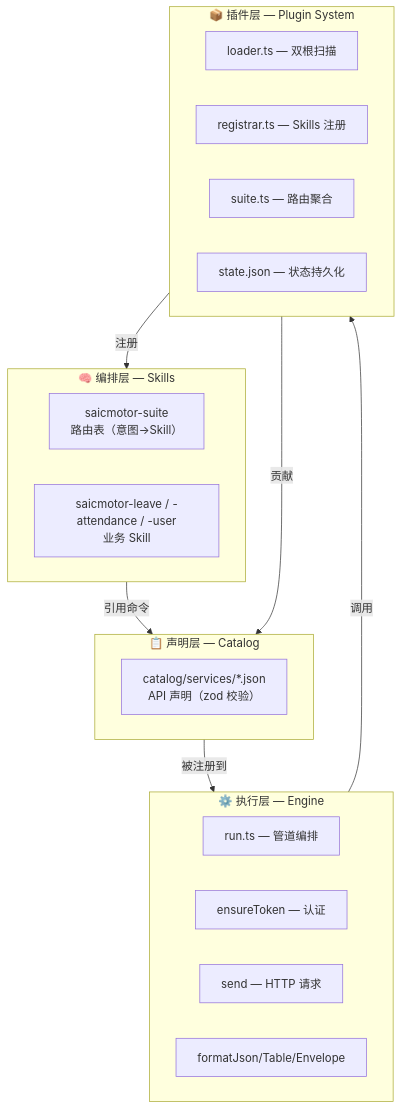
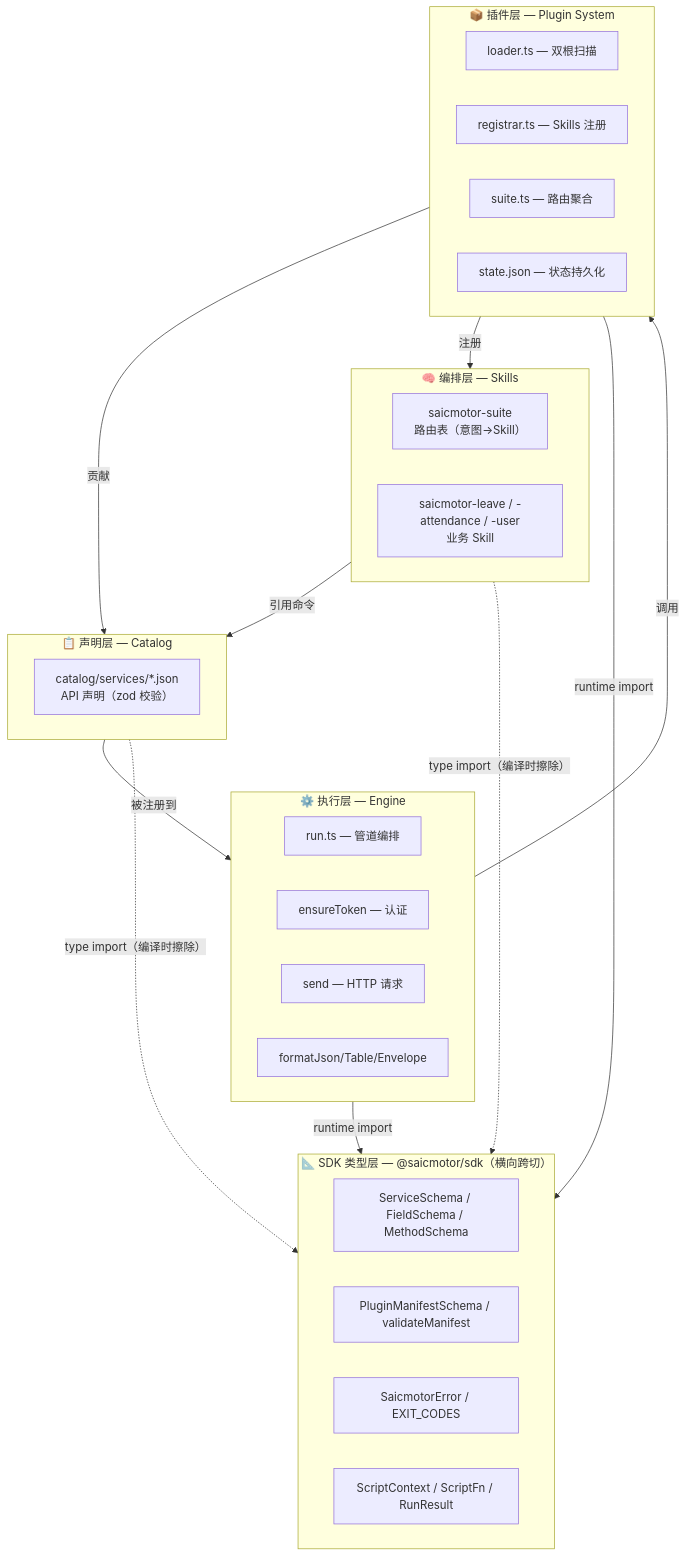
Before and after one commit to a5535772/saicmotor-cli: the first of 5 diagrams in howto/framework-v2/02-architecture.md, drawn with Mermaid. The commit also changed other lines of this file, not shown here.

Commit message:
docs: framework-v2 架构文档对齐当前包拓扑和 SDK 角色

````diff
--- a/howto/framework-v2/02-architecture.md
+++ b/howto/framework-v2/02-architecture.md
@@ -9,31 +11,43 @@
 ```mermaid
 flowchart TB
+    subgraph SDK["📐 SDK 类型层 — @saicmotor/sdk（横向跨切）"]
+        direction LR
+        CATALOG_T["ServiceSchema / FieldSchema / MethodSchema"]
+        MANIFEST_T["PluginManifestSchema / validateManifest"]
+        ERROR_T["SaicmotorError / EXIT_CODES"]
+        CONTEXT_T["ScriptContext / ScriptFn / RunResult"]
+    end
+
     subgraph L1["🧠 编排层 — Skills"]
         SUITE["saicmotor-suite<br/>路由表（意图→Skill）"]
         BIZ["saicmotor-leave / -attendance / -user<br/>业务 Skill"]
     end
 
     subgraph L2["📋 声明层 — Catalog"]
         CAT["catalog/services/*.json<br/>API 声明（zod 校验）"]
     end
 
     subgraph L3["⚙️ 执行层 — Engine"]
         RUN["run.ts — 管道编排"]
         TOKEN["ensureToken — 认证"]
         HTTP["send — HTTP 请求"]
         OUT["formatJson/Table/Envelope"]
     end
 
     subgraph L4["📦 插件层 — Plugin System"]
         LOADER["loader.ts — 双根扫描"]
         REG["registrar.ts — Skills 注册"]
         SUITE2["suite.ts — 路由聚合"]
         STATE["state.json — 状态持久化"]
     end
 
     L1 -->|"引用命令"| L2
     L2 -->|"被注册到"| L3
     L4 -->|"贡献"| L2
     L4 -->|"注册"| L1
     L3 -->|"调用"| L4
+    L3 -->|"runtime import"| SDK
+    L4 -->|"runtime import"| SDK
+    L1 -.->|"type import（编译时擦除）"| SDK
+    L2 -.->|"type import（编译时擦除）"| SDK
 ```
````
